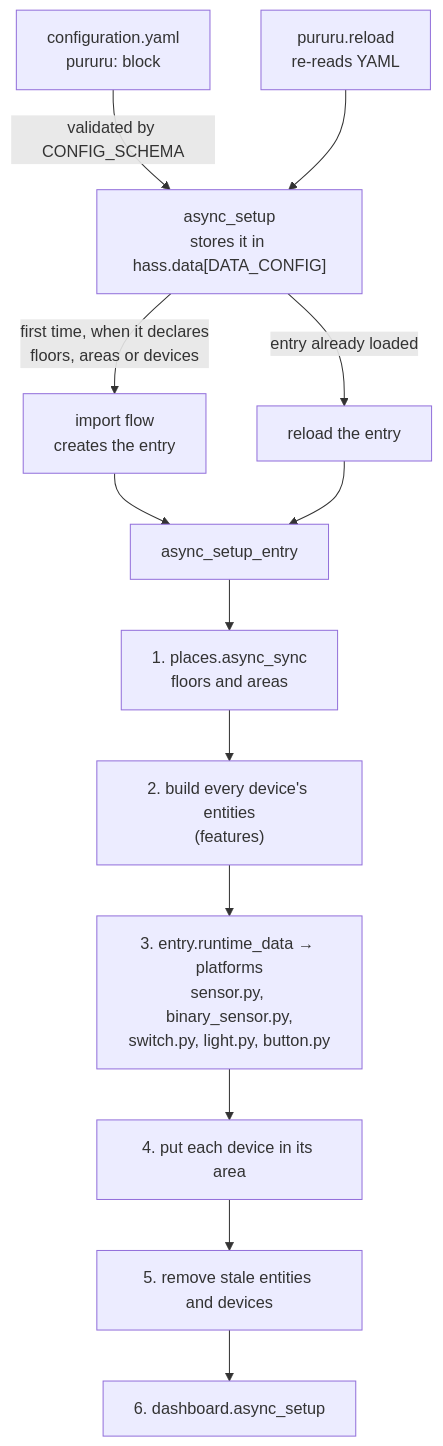
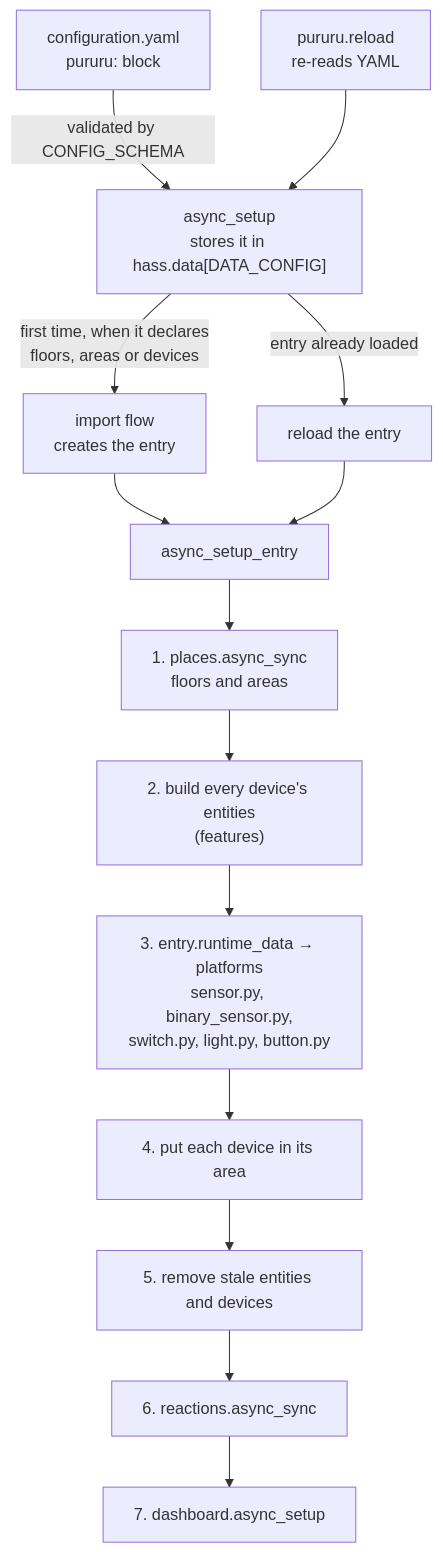
One commit to thatsnotmynameio/pururu-ha changed the diagram in docs/develop/architecture.mdx. Above: the diagram before and after it, drawn with Mermaid. The commit also changed other lines of this file and 24 other files, not shown here.

````diff
--- a/docs/develop/architecture.mdx
+++ b/docs/develop/architecture.mdx
@@ -10,15 +10,16 @@
 ```mermaid
 flowchart TD
     Y["configuration.yaml<br/>pururu: block"] -->|"validated by CONFIG_SCHEMA"| S["async_setup<br/>stores it in hass.data[DATA_CONFIG]"]
     S -->|"first time, when it declares<br/>floors, areas or devices"| F["import flow<br/>creates the entry"]
     S -->|"entry already loaded"| R["reload the entry"]
     F --> E
     R --> E
     RS["pururu.reload<br/>re-reads YAML"] --> S
     E["async_setup_entry"] --> P1["1. places.async_sync<br/>floors and areas"]
     P1 --> P2["2. build every device's entities<br/>(features)"]
     P2 --> P3["3. entry.runtime_data → platforms<br/>sensor.py, binary_sensor.py,<br/>switch.py, light.py, button.py"]
     P3 --> P4["4. put each device in its area"]
     P4 --> P5["5. remove stale entities and devices"]
-    P5 --> P6["6. dashboard.async_setup"]
+    P5 --> P6["6. reactions.async_sync"]
+    P6 --> P7["7. dashboard.async_setup"]
 ```
````
